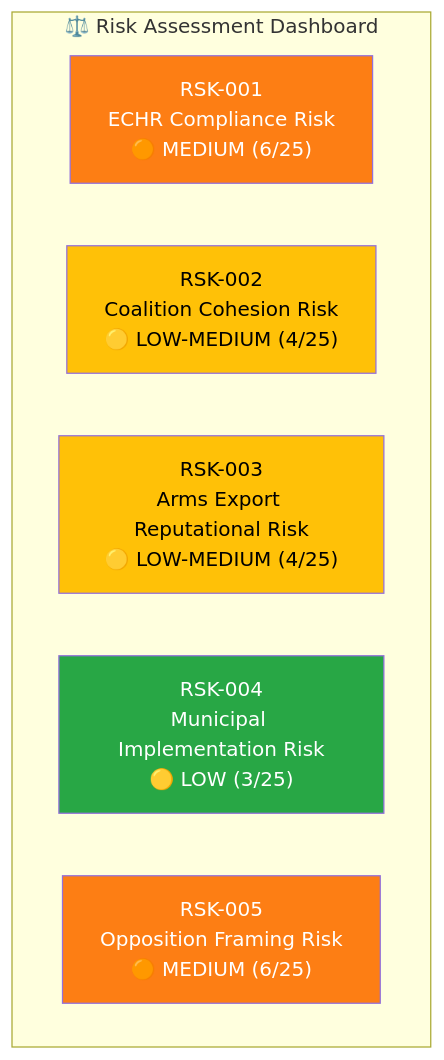
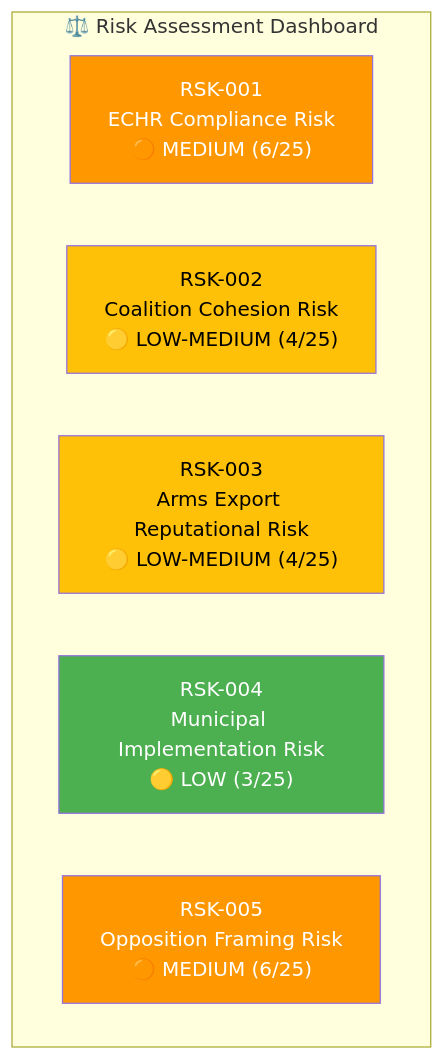
The first of 2 diagrams in analysis/daily/2026-04-01/risk-assessment.md (Hack23/riksdagsmonitor), drawn with Mermaid before and after one commit. The commit also changed other lines of this file and 785 other files, not shown here.

First line of the commit message:
Normalize mermaid colors across 786 analysis artifacts to ISMS Style Guide palette

````diff
--- a/analysis/daily/2026-04-01/risk-assessment.md
+++ b/analysis/daily/2026-04-01/risk-assessment.md
@@ -12,16 +12,16 @@
 ```mermaid
 graph TD
     subgraph "⚖️ Risk Assessment Dashboard"
         R1["RSK-001<br/>ECHR Compliance Risk<br/>🟠 MEDIUM (6/25)"]
         R2["RSK-002<br/>Coalition Cohesion Risk<br/>🟡 LOW-MEDIUM (4/25)"]
         R3["RSK-003<br/>Arms Export Reputational Risk<br/>🟡 LOW-MEDIUM (4/25)"]
         R4["RSK-004<br/>Municipal Implementation Risk<br/>🟡 LOW (3/25)"]
         R5["RSK-005<br/>Opposition Framing Risk<br/>🟠 MEDIUM (6/25)"]
     end
 
-    style R1 fill:#fd7e14,color:#fff
-    style R2 fill:#ffc107,color:#000
-    style R3 fill:#ffc107,color:#000
-    style R4 fill:#28a745,color:#fff
-    style R5 fill:#fd7e14,color:#fff
+    style R1 fill:#FF9800,color:#FFFFFF
+    style R2 fill:#FFC107,color:#000000
+    style R3 fill:#FFC107,color:#000000
+    style R4 fill:#4CAF50,color:#FFFFFF
+    style R5 fill:#FF9800,color:#FFFFFF
 ```
````
